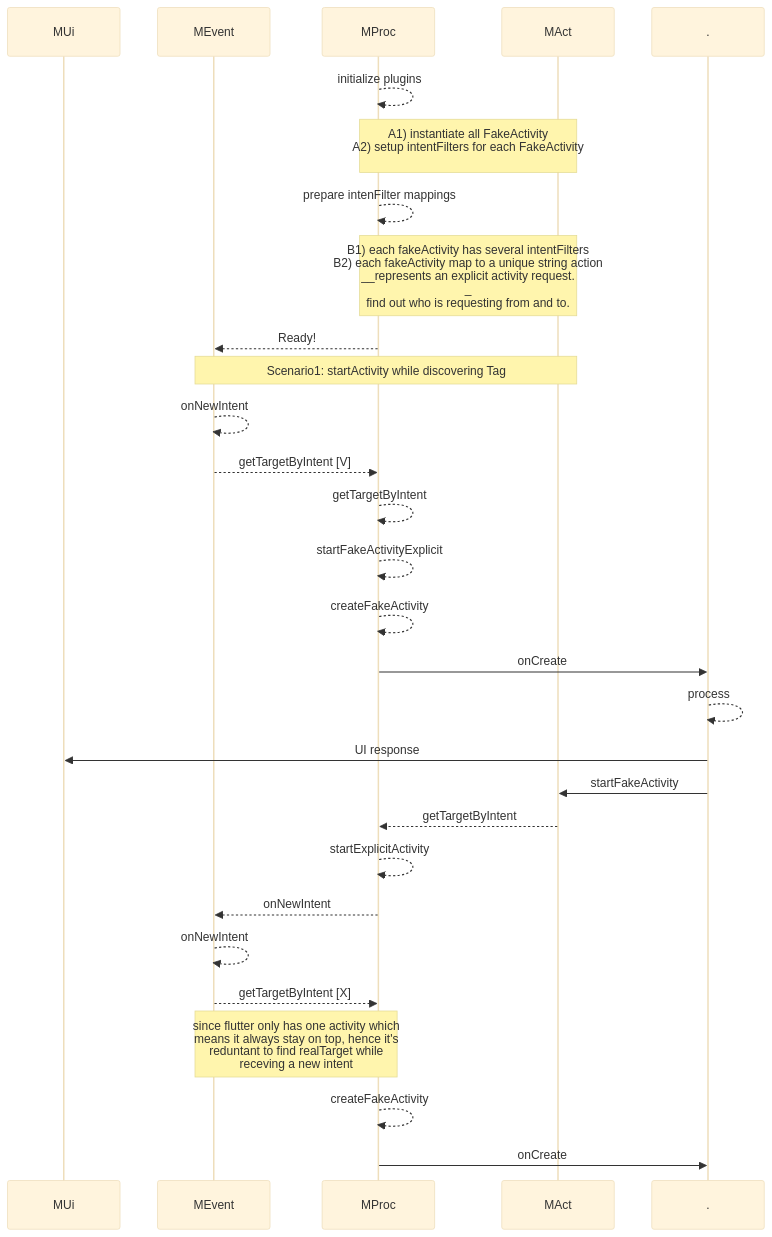
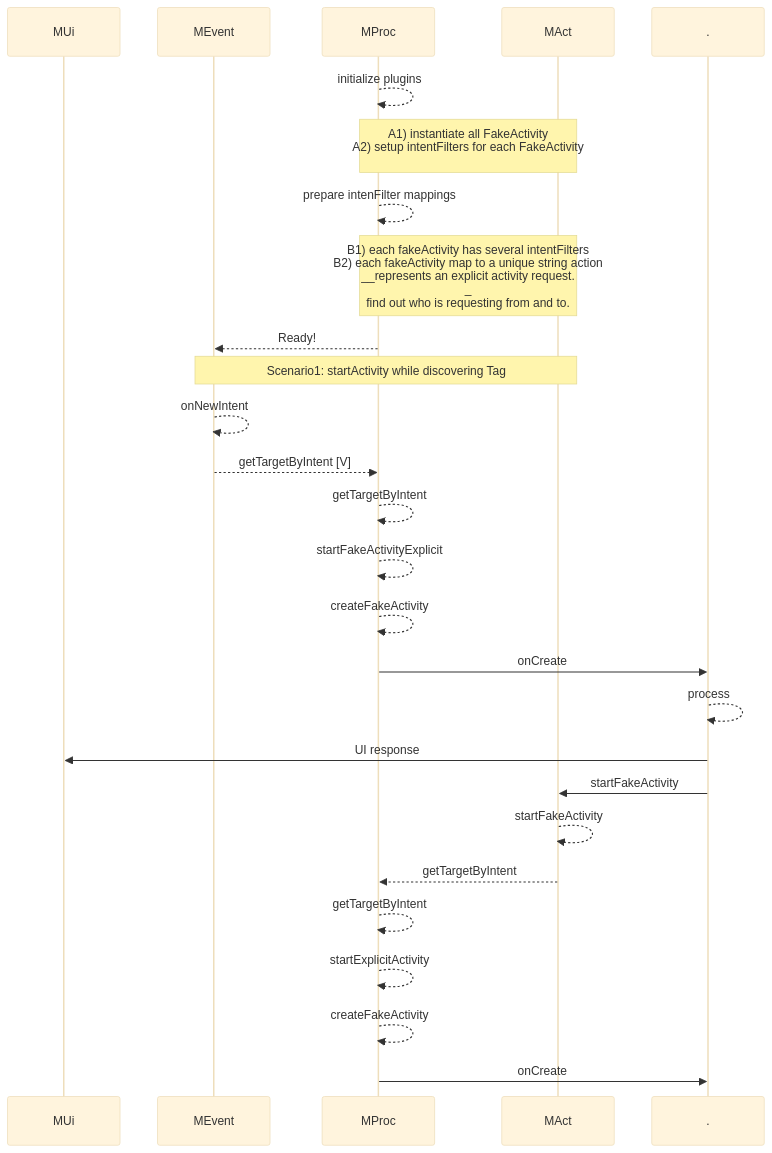
Before and after one commit to gordianknotC/nxp_note: the third of 6 diagrams in flutter/android_to_flutter.md, drawn with Mermaid (base theme). The commit also changed other lines of this file, not shown here.

Commit message:
flutter/android_to_flutter.md updated from https://stackedit.io/

````diff
--- a/flutter/android_to_flutter.md
+++ b/flutter/android_to_flutter.md
@@ -50,40 +50,37 @@
 ```mermaid
 sequenceDiagram
 participant MUi
 participant MEvent
 participant MProc
 participant MAct
 participant .
 
 MProc-->>MProc: initialize plugins
 Note over MProc,MAct: A1) instantiate all FakeActivity<br>A2) setup intentFilters for each FakeActivity<br>
 
 MProc-->>MProc: prepare intenFilter mappings
 Note over MProc, MAct: B1) each fakeActivity has several intentFilters<br>B2) each fakeActivity map to a unique string action<br>__represents an explicit activity request.<br>_<br> find out who is requesting from and to.
 
 MProc-->>MEvent: Ready!
 
 Note over MEvent, MAct: Scenario1: startActivity while discovering Tag
 MEvent-->>MEvent: onNewIntent
 
 MEvent-->>MProc: getTargetByIntent [V]
 MProc-->>MProc: getTargetByIntent
 MProc-->>MProc: startFakeActivityExplicit
 MProc-->>MProc: createFakeActivity
 MProc->> . : onCreate
 . -->> . : process
 . ->> MUi: UI response
 . ->> MAct: startFakeActivity
+MAct -->> MAct: startFakeActivity
 MAct -->> MProc: getTargetByIntent
+MProc -->> MProc: getTargetByIntent
 MProc -->> MProc: startExplicitActivity
-MProc -->> MEvent: onNewIntent
-MEvent -->> MEvent: onNewIntent
-MEvent -->> MProc: getTargetByIntent [X]
-
-Note over MEvent, MProc: since flutter only has one activity which<br> means it always stay on top, hence it's<br> reduntant to find realTarget while <br>receving a new intent
 
 MProc -->> MProc: createFakeActivity
 MProc ->> . : onCreate
 
 
 ```
````
